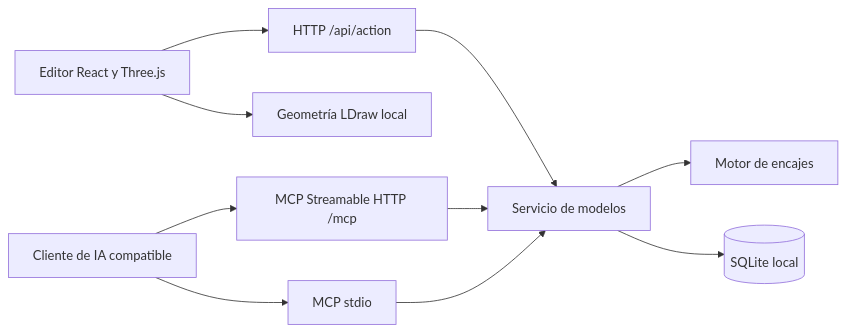
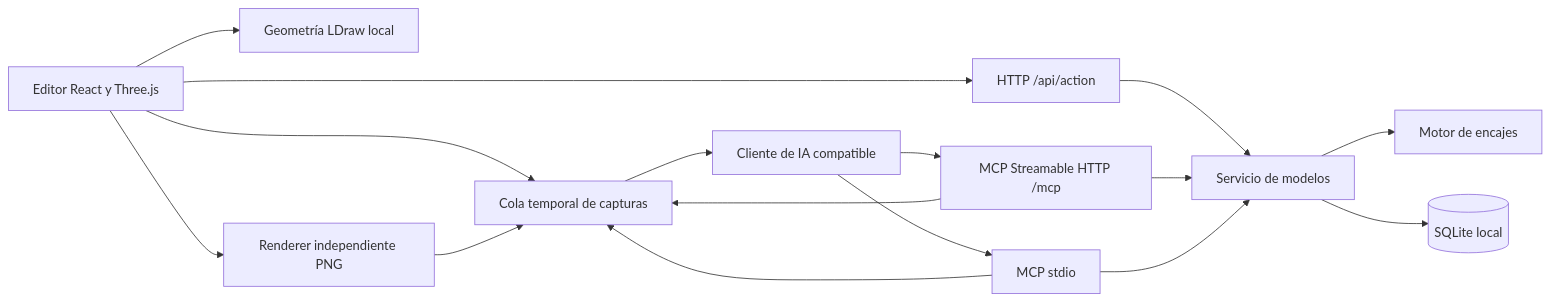
One commit to josemmc1992/brickforge changed the diagram in docs/ARCHITECTURE.md. Above: the diagram before and after it, drawn with Mermaid. The commit also changed other lines of this file and 12059 other files, not shown here.

````diff
--- a/docs/ARCHITECTURE.md
+++ b/docs/ARCHITECTURE.md
@@ -5,12 +5,18 @@
 ```mermaid
 flowchart LR
     UI[Editor React y Three.js] --> API[HTTP /api/action]
     AI[Cliente de IA compatible] --> HTTP[MCP Streamable HTTP /mcp]
     AI --> STDIO[MCP stdio]
     API --> SVC[Servicio de modelos]
     HTTP --> SVC
     STDIO --> SVC
     SVC --> ENGINE[Motor de encajes]
     SVC --> DB[(SQLite local)]
     UI --> GEO[Geometría LDraw local]
+    HTTP --> CAP[Cola temporal de capturas]
+    STDIO --> CAP
+    UI --> CAP
+    UI --> PNG[Renderer independiente PNG]
+    PNG --> CAP
+    CAP --> AI
 ```
````
